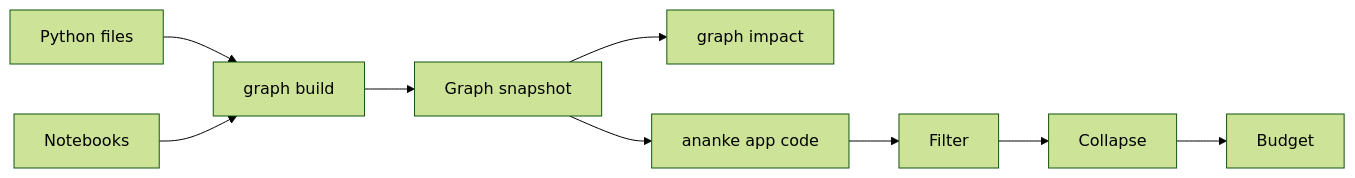
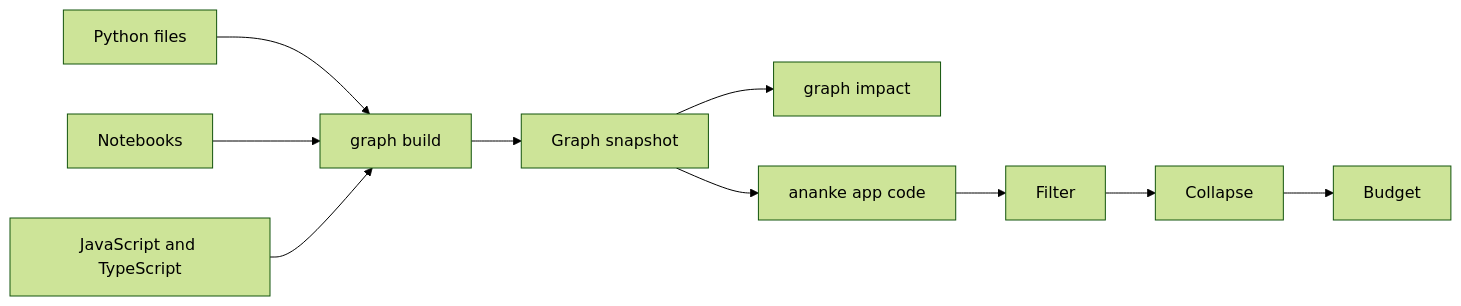
Before and after one commit to Neo-Pragnya/Ananke-Plexus: the diagram in docs/guides/code-graph.md, drawn with Mermaid (forest theme). The commit also changed other lines of this file and 67 other files, not shown here.

First line of the commit message:
Repo intelligence: connected graph, data, API pathways, flows, architecture, metrics (0.3.20) (#21)

````diff
--- a/docs/guides/code-graph.md
+++ b/docs/guides/code-graph.md
@@ -11,11 +11,12 @@
 ```mermaid
 flowchart LR
   P[Python files] --> B[graph build]
   N[Notebooks] --> B
+  J[JavaScript and TypeScript] --> B
   B --> G[Graph snapshot]
   G --> I[graph impact]
   G --> V[ananke app code]
   V --> F[Filter]
   F --> C[Collapse]
   C --> L[Budget]
 ```
````
